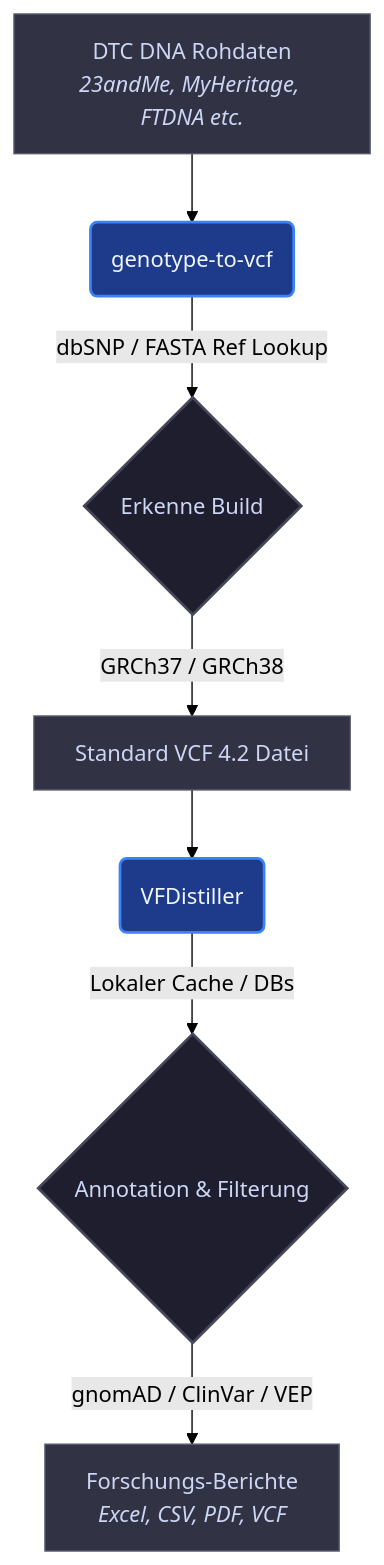
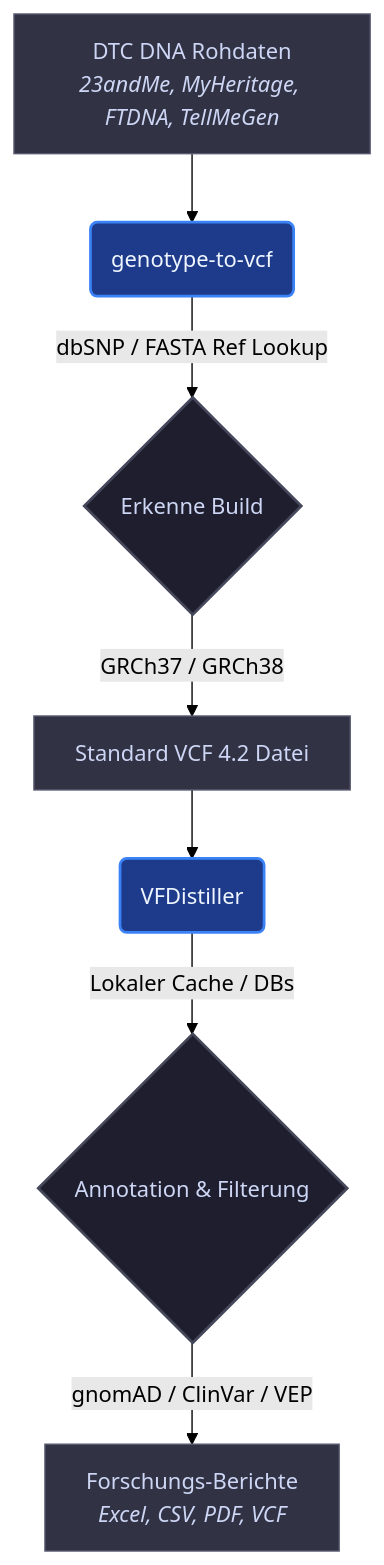
Before and after one commit to biotec-line/.github: the diagram in profile/README_de.md, drawn with Mermaid (forest theme). The commit also changed other lines of this file and 4 other files, not shown here.

````diff
--- a/profile/README_de.md
+++ b/profile/README_de.md
@@ -40,17 +42,17 @@
 ```mermaid
 graph TD
-    Input[DTC DNA Rohdaten<br/><i>23andMe, MyHeritage, FTDNA etc.</i>] --> G2V(genotype-to-vcf)
+    Input[DTC DNA Rohdaten<br/><i>23andMe, MyHeritage, FTDNA, TellMeGen</i>] --> G2V(genotype-to-vcf)
     
     G2V -->|dbSNP / FASTA Ref Lookup| BuildDetect{Erkenne Build}
     BuildDetect -->|GRCh37 / GRCh38| OutVCF[Standard VCF 4.2 Datei]
     
     OutVCF --> VFD(VFDistiller)
     VFD -->|Lokaler Cache / DBs| Annotate{Annotation & Filterung}
     Annotate -->|gnomAD / ClinVar / VEP| Reports[Forschungs-Berichte<br/><i>Excel, CSV, PDF, VCF</i>]
     
     classDef default fill:#1e1e2e,stroke:#45475a,stroke-width:2px,color:#cdd6f4;
     classDef tool fill:#1e3a8a,stroke:#3b82f6,stroke-width:2px,color:#eff6ff;
     classDef data fill:#313244,stroke:#585b70,stroke-width:1px,color:#cdd6f4;
     class G2V,VFD tool;
     class Input,OutVCF,Reports data;
 ```
````
